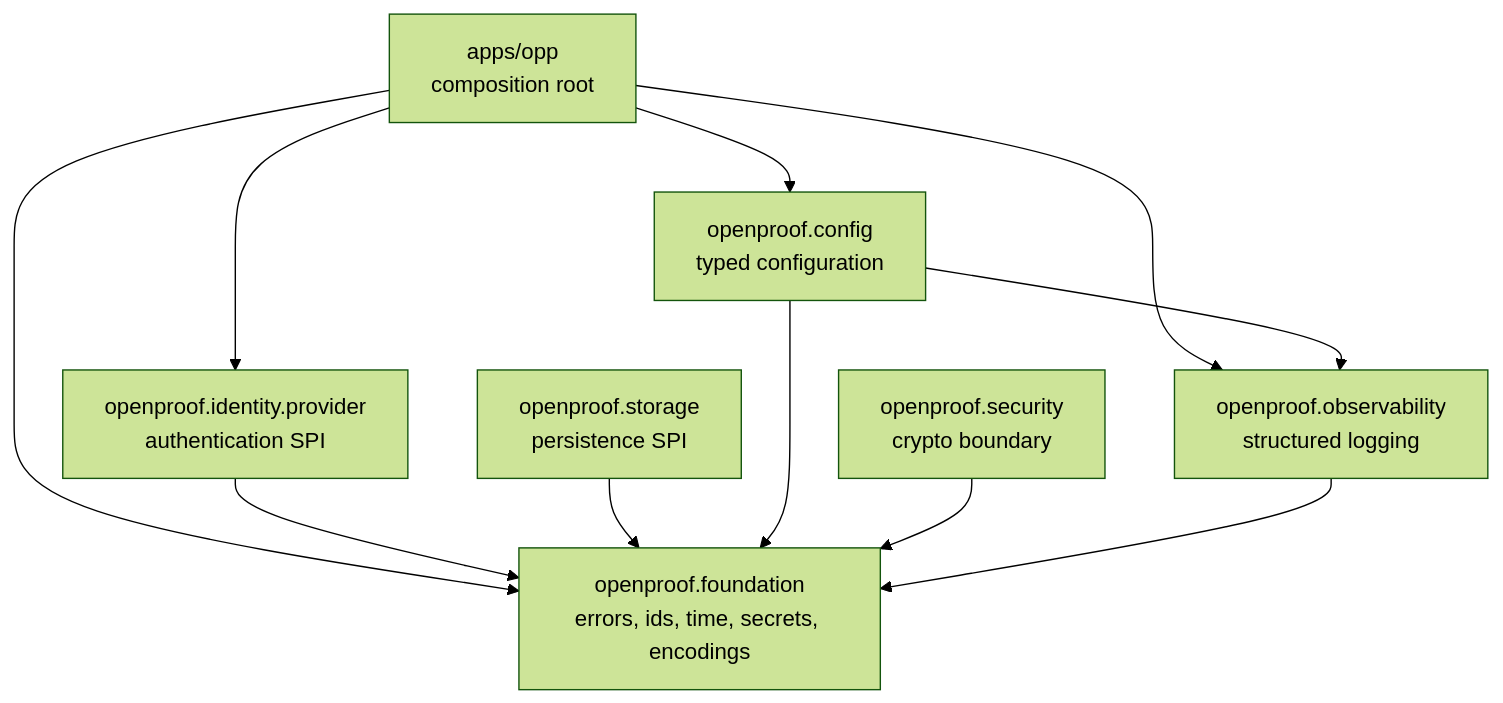
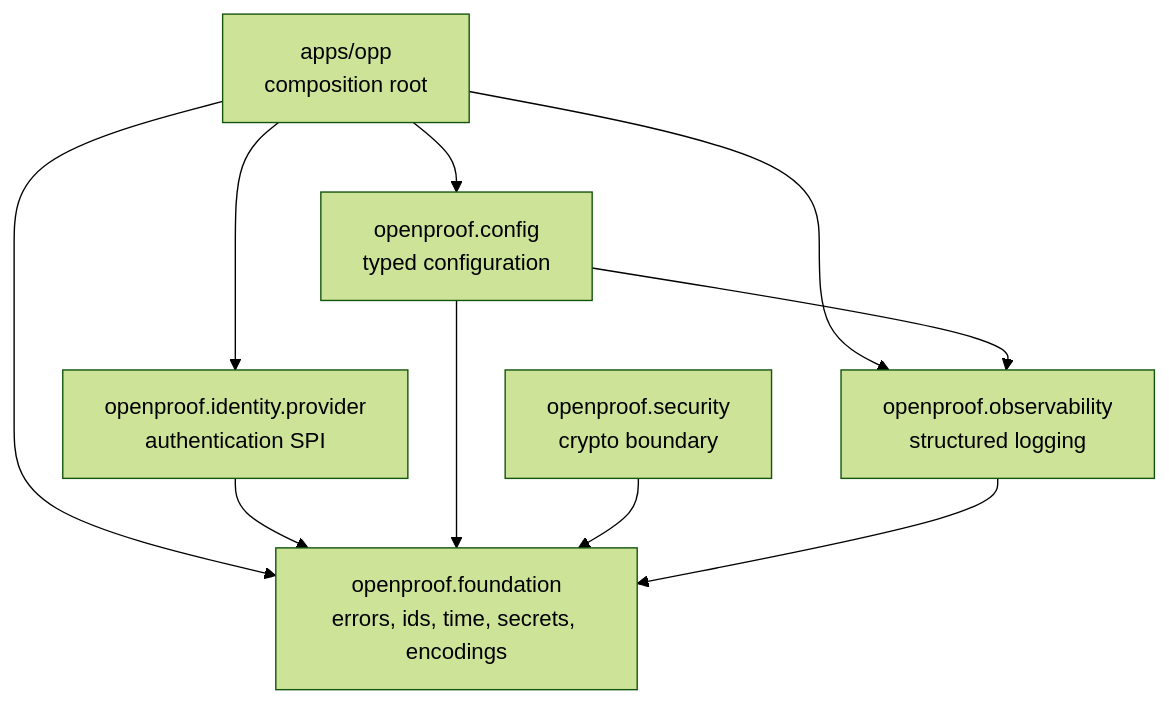
The first of 2 diagrams in docs/01-ARCHITECTURE.md (genyleap/openproof), drawn with Mermaid (forest theme) before and after one commit. The commit also changed other lines of this file and 7 other files, not shown here.

````diff
--- a/docs/01-ARCHITECTURE.md
+++ b/docs/01-ARCHITECTURE.md
@@ -16,23 +16,21 @@
 ```mermaid
 graph TD
     opp["apps/opp<br/>composition root"]
 
     idp["openproof.identity.provider<br/>authentication SPI"]
-    storage["openproof.storage<br/>persistence SPI"]
     config["openproof.config<br/>typed configuration"]
     security["openproof.security<br/>crypto boundary"]
     obs["openproof.observability<br/>structured logging"]
     fnd["openproof.foundation<br/>errors, ids, time, secrets, encodings"]
 
     opp --> idp
     opp --> config
     opp --> obs
     opp --> fnd
 
     idp --> fnd
-    storage --> fnd
     config --> obs
     config --> fnd
     security --> fnd
     obs --> fnd
 ```
````
